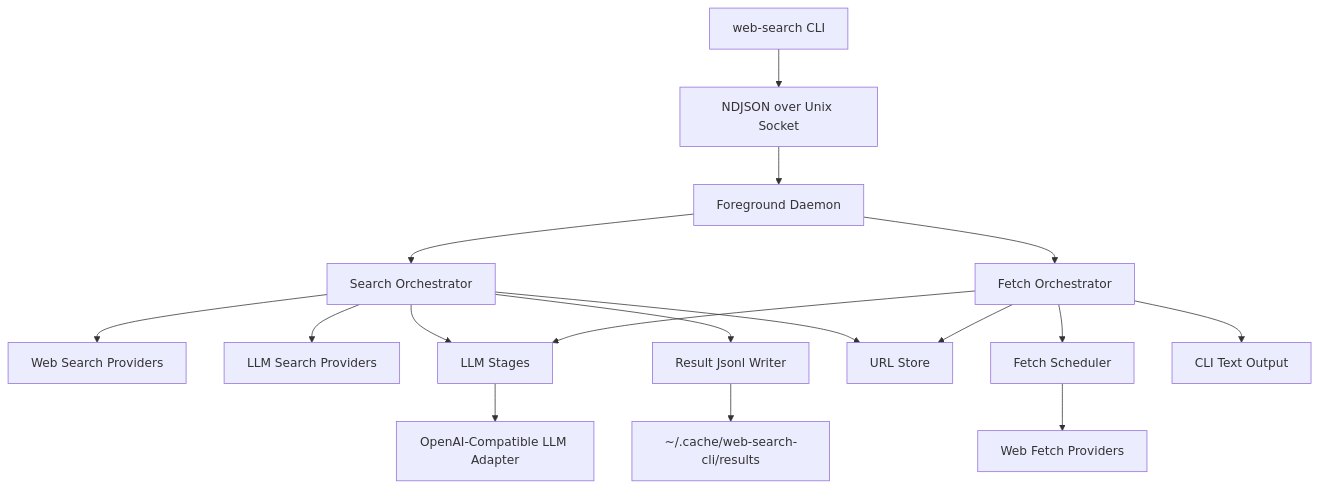
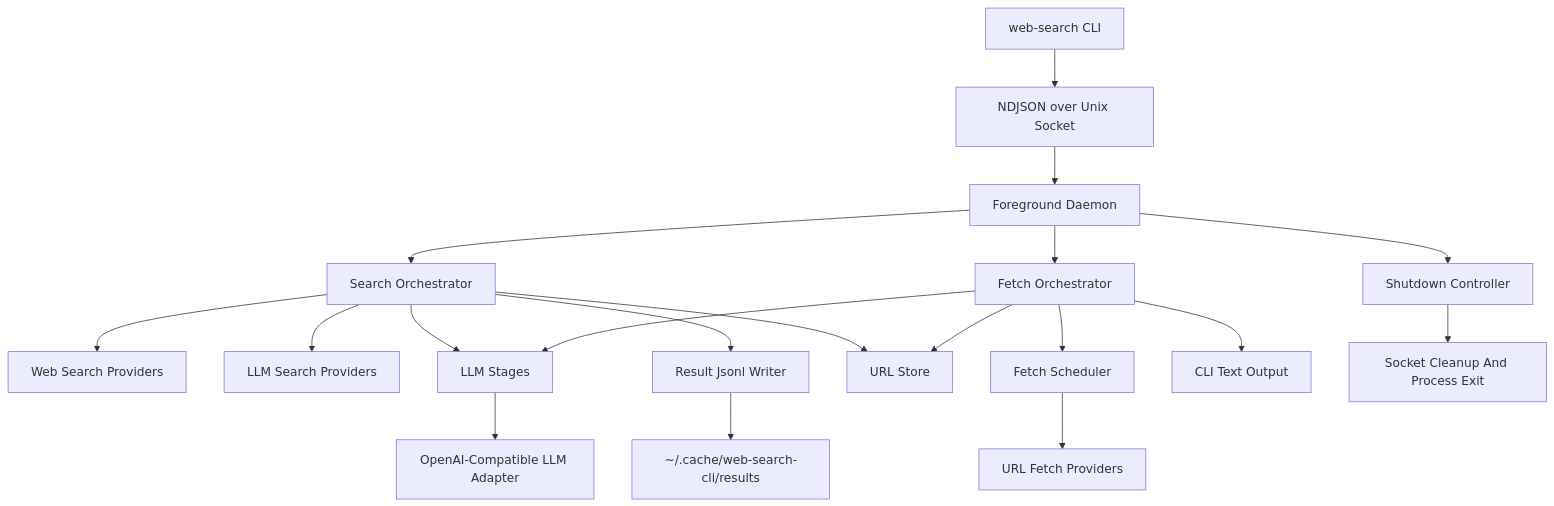
One commit to Dingxingdi/temp-web-search changed the diagram in docs/designs/architectures/web-search-cli.md. Above: the diagram before and after it, drawn with Mermaid. The commit also changed other lines of this file and 2 other files, not shown here.

````diff
--- a/docs/designs/architectures/web-search-cli.md
+++ b/docs/designs/architectures/web-search-cli.md
@@ -337,19 +361,21 @@
 ```mermaid
 flowchart TD
     A[web-search CLI] --> B[NDJSON over Unix Socket]
     B --> C[Foreground Daemon]
     C --> D[Search Orchestrator]
     C --> E[Fetch Orchestrator]
+    C --> P[Shutdown Controller]
     D --> F[Web Search Providers]
     D --> G[LLM Search Providers]
     E --> H[Fetch Scheduler]
-    H --> I[Web Fetch Providers]
+    H --> I[URL Fetch Providers]
     D --> J[LLM Stages]
     E --> J
     J --> K[OpenAI-Compatible LLM Adapter]
     D --> L[URL Store]
     E --> L
     D --> M[Result Jsonl Writer]
     M --> N[~/.cache/web-search-cli/results]
     E --> O[CLI Text Output]
+    P --> Q[Socket Cleanup And Process Exit]
 ```
````
